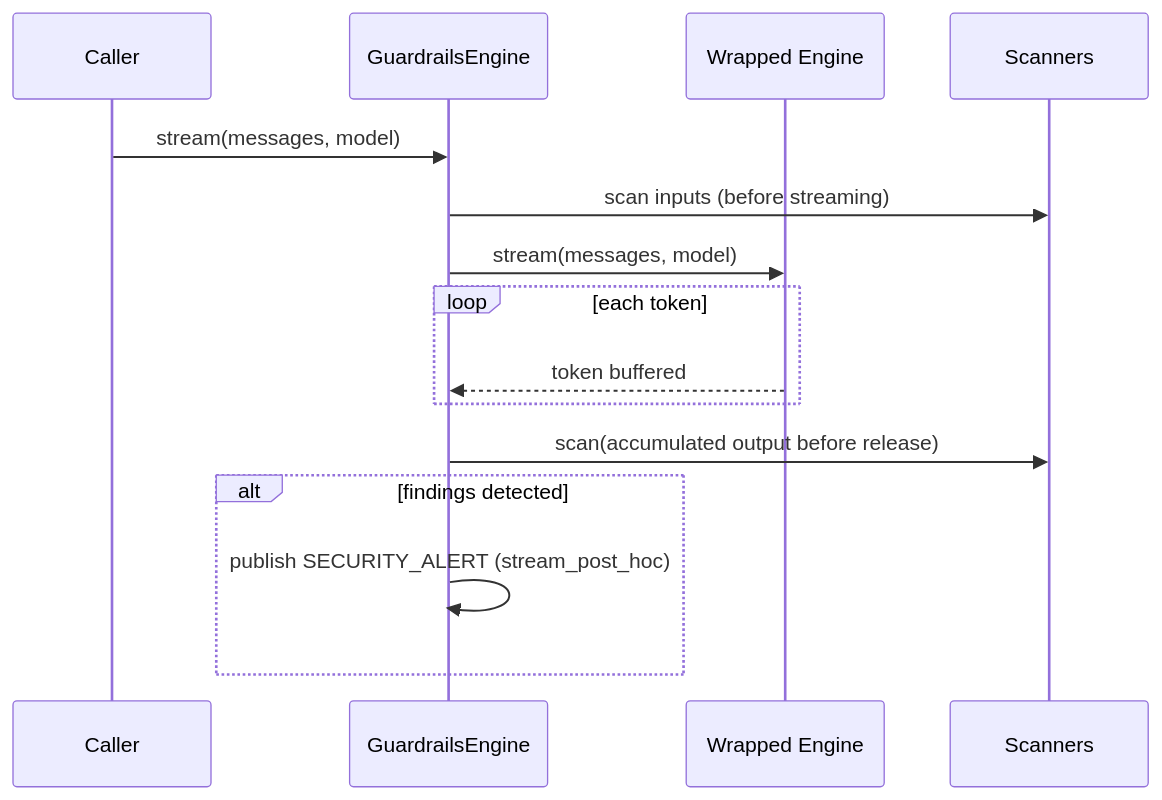
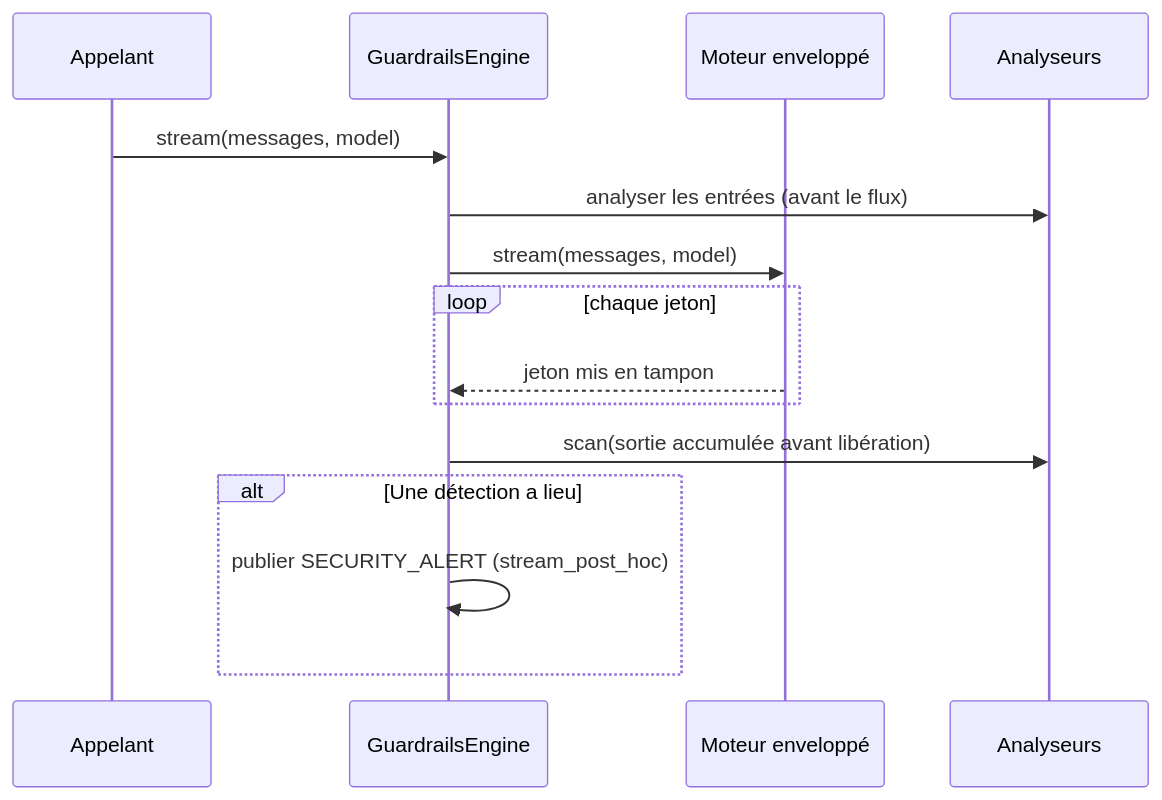
The fourth of 6 diagrams in docs/architecture/security.md (carlitoetienne01-spec/Diapason), drawn with Mermaid before and after one commit. The commit also changed other lines of this file and 257 other files, not shown here.

````diff
--- a/docs/architecture/security.md
+++ b/docs/architecture/security.md
@@ -107,18 +107,18 @@
 ```mermaid
 sequenceDiagram
-    participant C as Caller
+    participant C as Appelant
     participant G as GuardrailsEngine
-    participant E as Wrapped Engine
-    participant S as Scanners
+    participant E as Moteur enveloppé
+    participant S as Analyseurs
 
     C->>G: stream(messages, model)
-    G->>S: scan inputs (before streaming)
+    G->>S: analyser les entrées (avant le flux)
     G->>E: stream(messages, model)
-    loop each token
-        E-->>G: token buffered
+    loop chaque jeton
+        E-->>G: jeton mis en tampon
     end
-    G->>S: scan(accumulated output before release)
-    alt findings detected
-        G->>G: publish SECURITY_ALERT (stream_post_hoc)
+    G->>S: scan(sortie accumulée avant libération)
+    alt Une détection a lieu
+        G->>G: publier SECURITY_ALERT (stream_post_hoc)
     end
 ```
````
